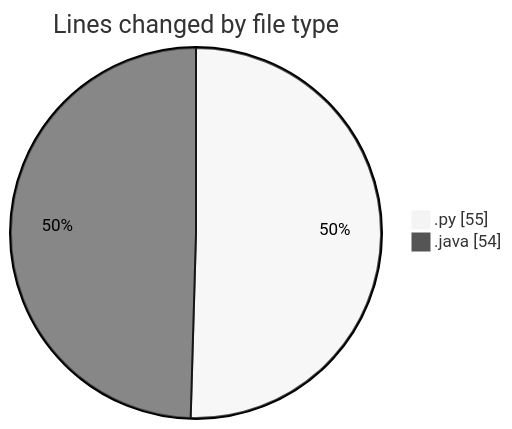
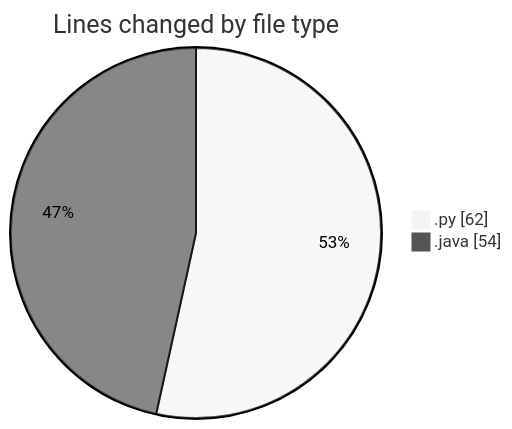
One commit to donsfak/code-tracking changed the first of 2 diagrams in 2025-10-28/projet_distribu_/README.md. Above: the diagram before and after it, drawn with Mermaid (neutral theme). The commit also changed other lines of this file and 1 other file, not shown here.

````diff
--- a/2025-10-28/projet_distribu_/README.md
+++ b/2025-10-28/projet_distribu_/README.md
@@ -21,6 +21,6 @@
 ```mermaid
 pie showData
 title Lines changed by file type
-".py" : 55
+".py" : 62
 ".java" : 54
 ```
````
